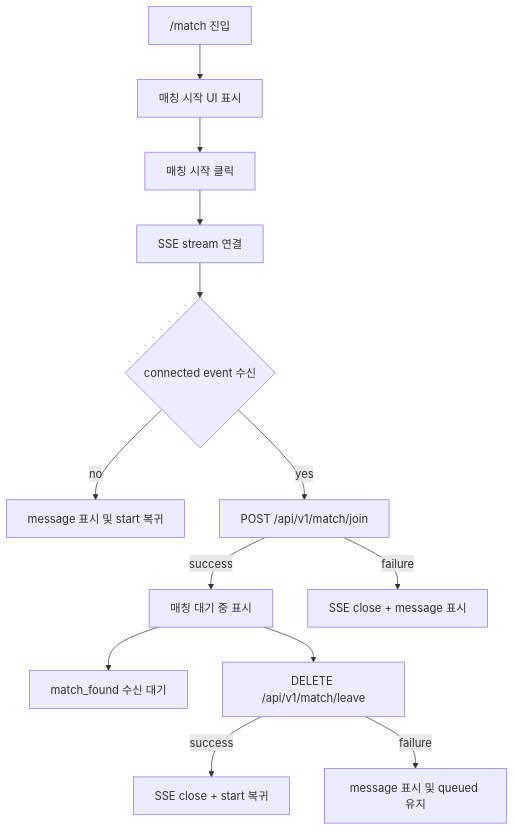
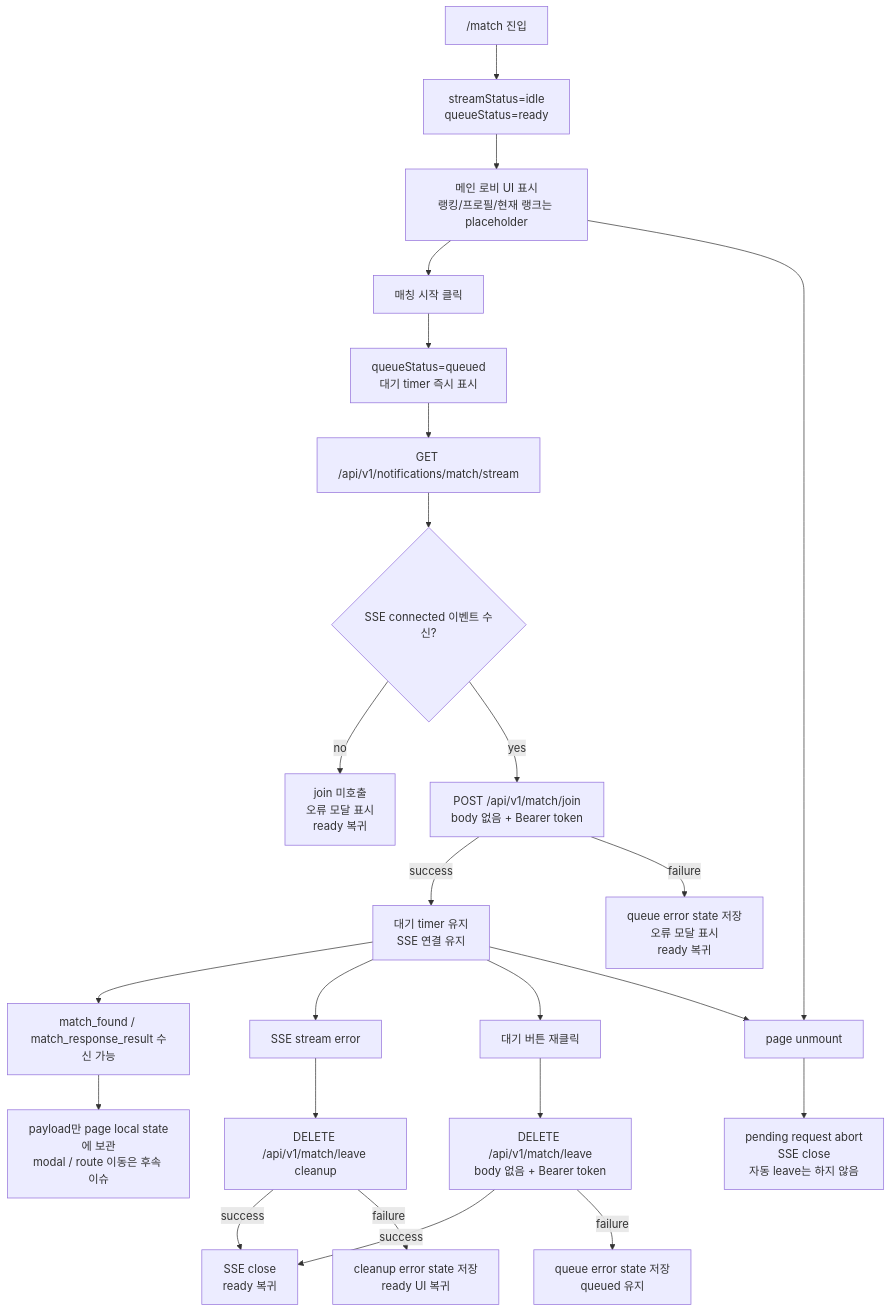
Before and after one commit to moonwhistle/League-of-Star: the second of 2 diagrams in docs/antigravity/frontend/issue-78-match-page.md, drawn with Mermaid. The commit also changed other lines of this file and 3 other files, not shown here.

````diff
--- a/docs/antigravity/frontend/issue-78-match-page.md
+++ b/docs/antigravity/frontend/issue-78-match-page.md
@@ -255,15 +277,26 @@
 ```mermaid
 flowchart TD
-    A["/match 진입"] --> B["매칭 시작 UI 표시"]
-    B --> C["매칭 시작 클릭"]
-    C --> D["SSE stream 연결"]
-    D --> E{connected event 수신}
-    E -->|no| F["message 표시 및 start 복귀"]
-    E -->|yes| G["POST /api/v1/match/join"]
-    G -->|success| H["매칭 대기 중 표시"]
-    G -->|failure| I["SSE close + message 표시"]
-    H --> J["match_found 수신 대기"]
-    H --> K["DELETE /api/v1/match/leave"]
-    K -->|success| L["SSE close + start 복귀"]
-    K -->|failure| M["message 표시 및 queued 유지"]
+    A["/match 진입"] --> B["streamStatus=idle<br/>queueStatus=ready"]
+    B --> C["메인 로비 UI 표시<br/>랭킹/프로필/현재 랭크는 placeholder"]
+    C --> D["매칭 시작 클릭"]
+    D --> V["queueStatus=queued<br/>대기 timer 즉시 표시"]
+    V --> E["GET /api/v1/notifications/match/stream"]
+    E --> F{"SSE connected 이벤트 수신?"}
+    F -->|no| G["join 미호출<br/>오류 모달 표시<br/>ready 복귀"]
+    F -->|yes| H["POST /api/v1/match/join<br/>body 없음 + Bearer token"]
+    H -->|success| I["대기 timer 유지<br/>SSE 연결 유지"]
+    H -->|failure| J["queue error state 저장<br/>오류 모달 표시<br/>ready 복귀"]
+    I --> K["match_found / match_response_result 수신 가능"]
+    K --> L["payload만 page local state에 보관<br/>modal / route 이동은 후속 이슈"]
+    I --> S["SSE stream error"]
+    S --> T["DELETE /api/v1/match/leave cleanup"]
+    T -->|success| O
+    T -->|failure| U["cleanup error state 저장<br/>ready UI 복귀"]
+    I --> M["대기 버튼 재클릭"]
+    M --> N["DELETE /api/v1/match/leave<br/>body 없음 + Bearer token"]
+    N -->|success| O["SSE close<br/>ready 복귀"]
+    N -->|failure| P["queue error state 저장<br/>queued 유지"]
+    C --> Q["page unmount"]
+    I --> Q
+    Q --> R["pending request abort<br/>SSE close<br/>자동 leave는 하지 않음"]
 ```
````
